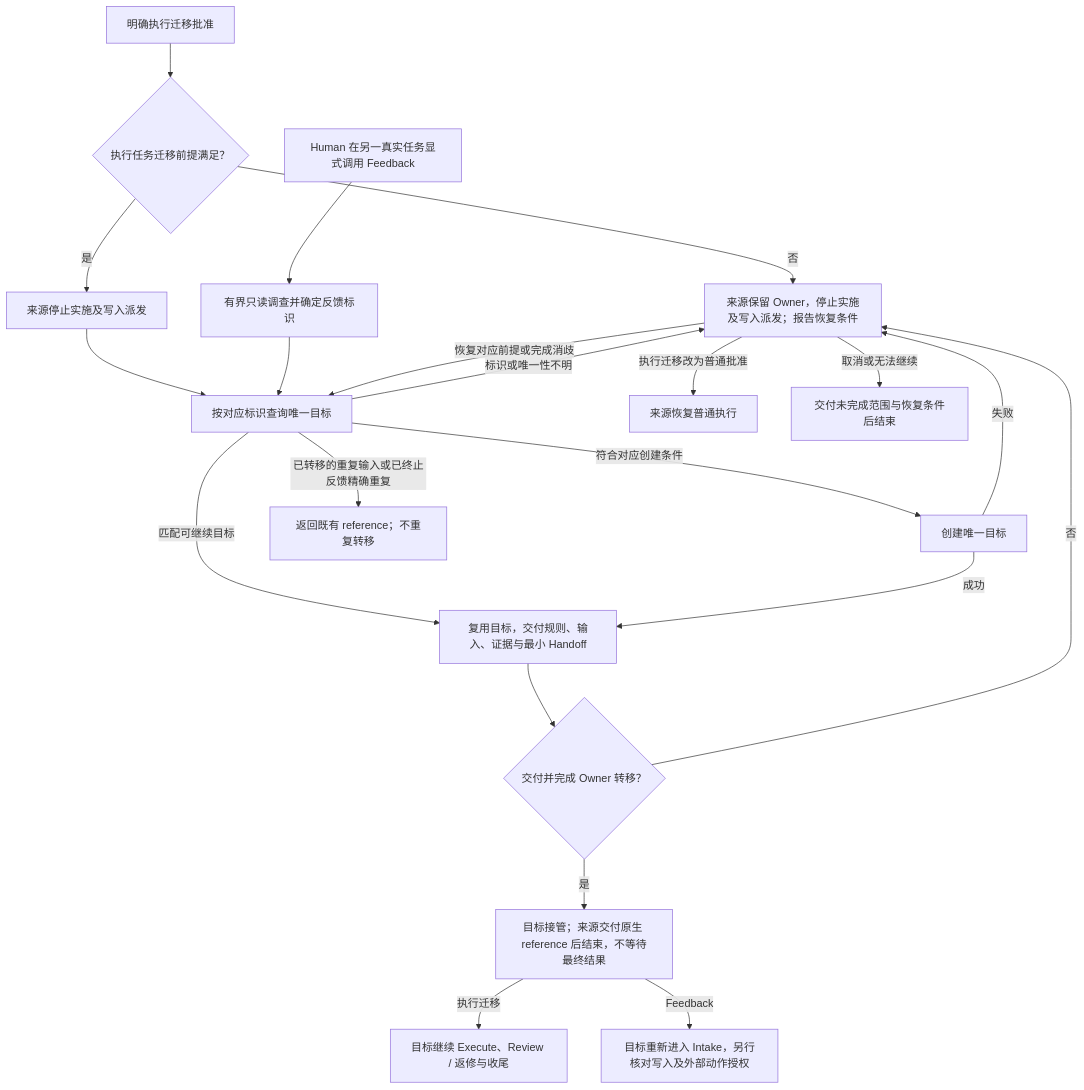
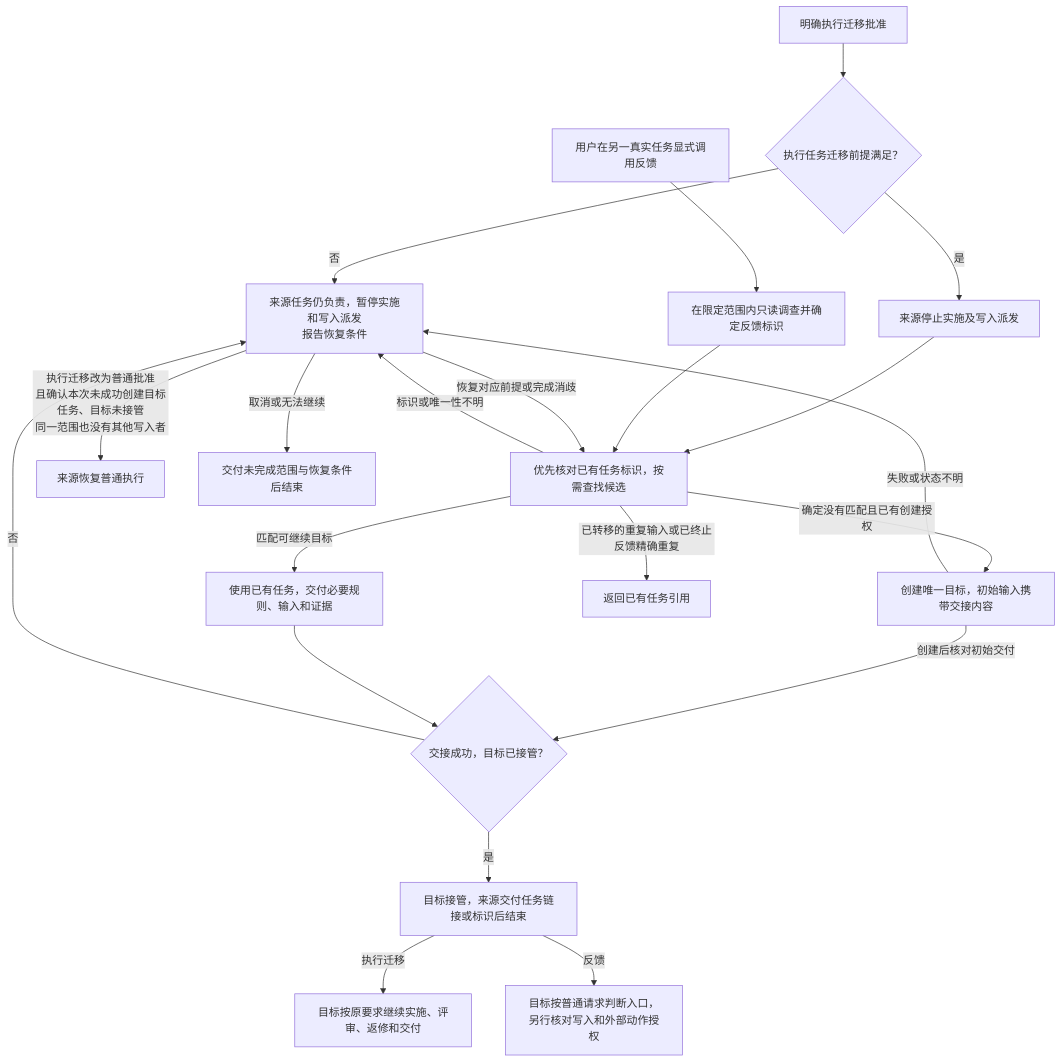
The third of 3 diagrams in PLUGIN_DESIGN.md (yyqrc/SachaOrchestra), drawn with Mermaid before and after one commit. The commit also changed other lines of this file and 56 other files, not shown here.

````diff
--- a/PLUGIN_DESIGN.md
+++ b/PLUGIN_DESIGN.md
@@ -208,23 +131,23 @@
 ```mermaid
 flowchart TD
     T_EXEC["明确执行迁移批准"] --> T_PRE{"执行任务迁移前提满足？"}
-    T_PRE -->|否| T_HOLD["来源保留 Owner，停止实施及写入派发；报告恢复条件"]
+    T_PRE -->|否| T_HOLD["来源任务仍负责，暂停实施和写入派发<br/>报告恢复条件"]
     T_PRE -->|是| T_STOP["来源停止实施及写入派发"]
-    T_STOP --> T_RESOLVE["按对应标识查询唯一目标"]
-    T_FEEDBACK["Human 在另一真实任务显式调用 Feedback"] --> T_RESEARCH["有界只读调查并确定反馈标识"]
+    T_STOP --> T_RESOLVE["优先核对已有任务标识，按需查找候选"]
+    T_FEEDBACK["用户在另一真实任务显式调用反馈"] --> T_RESEARCH["在限定范围内只读调查并确定反馈标识"]
     T_RESEARCH --> T_RESOLVE
     T_RESOLVE -->|标识或唯一性不明| T_HOLD
-    T_RESOLVE -->|匹配可继续目标| T_DELIVER["复用目标，交付规则、输入、证据与最小 Handoff"]
-    T_RESOLVE -->|符合对应创建条件| T_CREATE["创建唯一目标"]
-    T_CREATE -->|成功| T_DELIVER
-    T_CREATE -->|失败| T_HOLD
-    T_RESOLVE -->|已转移的重复输入或已终止反馈精确重复| T_NOOP["返回既有 reference；不重复转移"]
-    T_DELIVER --> T_OK{"交付并完成 Owner 转移？"}
+    T_RESOLVE -->|匹配可继续目标| T_DELIVER["使用已有任务，交付必要规则、输入和证据"]
+    T_RESOLVE -->|确定没有匹配且已有创建授权| T_CREATE["创建唯一目标，初始输入携带交接内容"]
+    T_CREATE -->|创建后核对初始交付| T_OK
+    T_CREATE -->|失败或状态不明| T_HOLD
+    T_RESOLVE -->|已转移的重复输入或已终止反馈精确重复| T_NOOP["返回已有任务引用"]
+    T_DELIVER --> T_OK{"交接成功，目标已接管？"}
     T_OK -->|否| T_HOLD
-    T_OK -->|是| T_TARGET["目标接管；来源交付原生 reference 后结束，不等待最终结果"]
-    T_TARGET -->|执行迁移| T_CONTINUE["目标继续 Execute、Review / 返修与收尾"]
-    T_TARGET -->|Feedback| T_INTAKE["目标重新进入 Intake，另行核对写入及外部动作授权"]
+    T_OK -->|是| T_TARGET["目标接管，来源交付任务链接或标识后结束"]
+    T_TARGET -->|执行迁移| T_CONTINUE["目标按原要求继续实施、评审、返修和交付"]
+    T_TARGET -->|反馈| T_INTAKE["目标按普通请求判断入口，另行核对写入和外部动作授权"]
     T_HOLD -->|恢复对应前提或完成消歧| T_RESOLVE
-    T_HOLD -->|执行迁移改为普通批准| T_ORDINARY["来源恢复普通执行"]
+    T_HOLD -->|"执行迁移改为普通批准<br/>且确认本次未成功创建目标任务、目标未接管<br/>同一范围也没有其他写入者"| T_ORDINARY["来源恢复普通执行"]
     T_HOLD -->|取消或无法继续| T_END["交付未完成范围与恢复条件后结束"]
 ```
````
